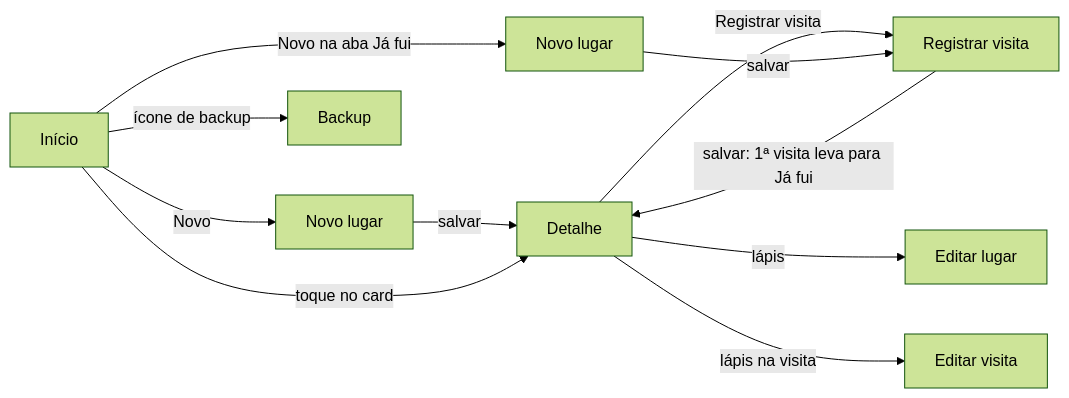
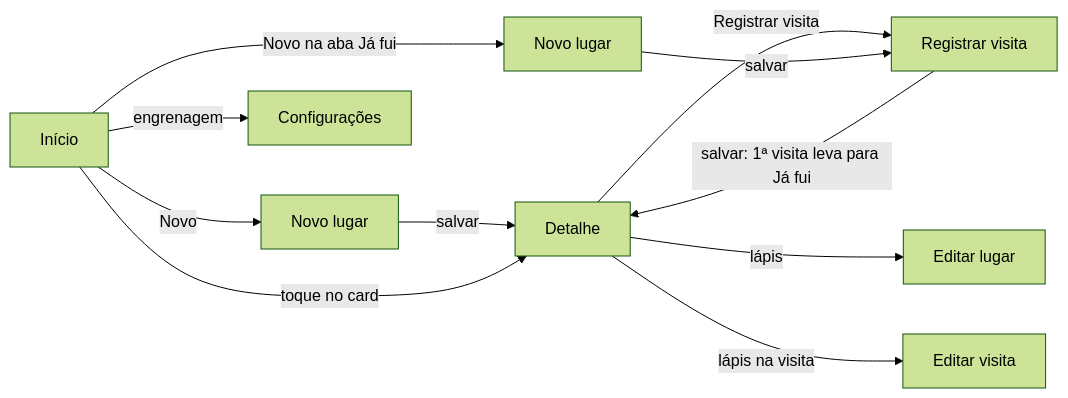
The diagram in README.md (thalesAlves758/spot-diary), drawn with Mermaid (forest theme) before and after one commit. The commit also changed other lines of this file and 7 other files, not shown here.

Commit message:
feat: tela Configurações (#/settings) com seções Backup, Dados e Sobre, e novos ícones (CARD-029)

````diff
--- a/README.md
+++ b/README.md
@@ -77,12 +77,12 @@
 ```mermaid
 flowchart LR
     A[Início] -->|Novo| B[Novo lugar]
     B -->|salvar| C[Detalhe]
     A -->|toque no card| C
     C -->|Registrar visita| D[Registrar visita]
     D -->|salvar: 1ª visita leva para Já fui| C
     C -->|lápis| E[Editar lugar]
     C -->|lápis na visita| F[Editar visita]
-    A -->|ícone de backup| G[Backup]
+    A -->|engrenagem| G[Configurações]
     A -->|Novo na aba Já fui| B2[Novo lugar] -->|salvar| D
 ```
````
